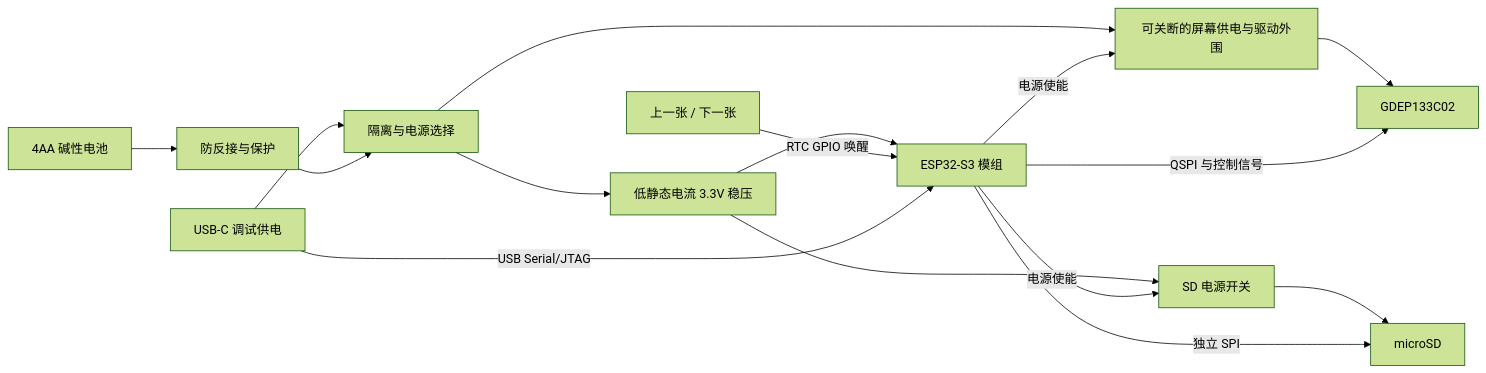
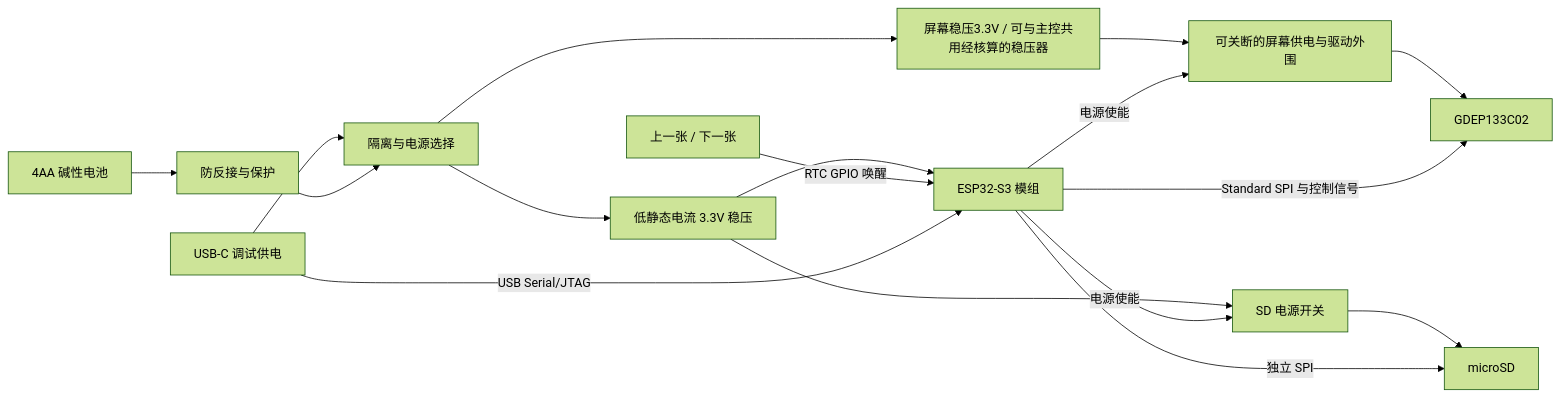
The diagram in docs/design/overview.md (Rhys-Q/album), drawn with Mermaid (forest theme) before and after one commit. The commit also changed other lines of this file and 12 other files, not shown here.

````diff
--- a/docs/design/overview.md
+++ b/docs/design/overview.md
@@ -62,18 +64,19 @@
 ```mermaid
 flowchart LR
     BAT[4AA 碱性电池] --> PROTECT[防反接与保护]
     USB[USB-C 调试供电] --> PATH[隔离与电源选择]
     PROTECT --> PATH
     PATH --> MCUPOWER[低静态电流 3.3V 稳压]
     MCUPOWER --> MCU[ESP32-S3 模组]
     MCUPOWER --> SDSW[SD 电源开关]
     SDSW --> SD[microSD]
-    PATH --> EPDPOWER[可关断的屏幕供电与驱动外围]
+    PATH --> EPDREG[屏幕稳压3.3V / 可与主控共用经核算的稳压器]
+    EPDREG --> EPDPOWER[可关断的屏幕供电与驱动外围]
     EPDPOWER --> EPD[GDEP133C02]
-    MCU -->|QSPI 与控制信号| EPD
+    MCU -->|Standard SPI 与控制信号| EPD
     MCU -->|独立 SPI| SD
     KEYS[上一张 / 下一张] -->|RTC GPIO 唤醒| MCU
     MCU -->|电源使能| EPDPOWER
     MCU -->|电源使能| SDSW
     USB -->|USB Serial/JTAG| MCU
 ```
````
